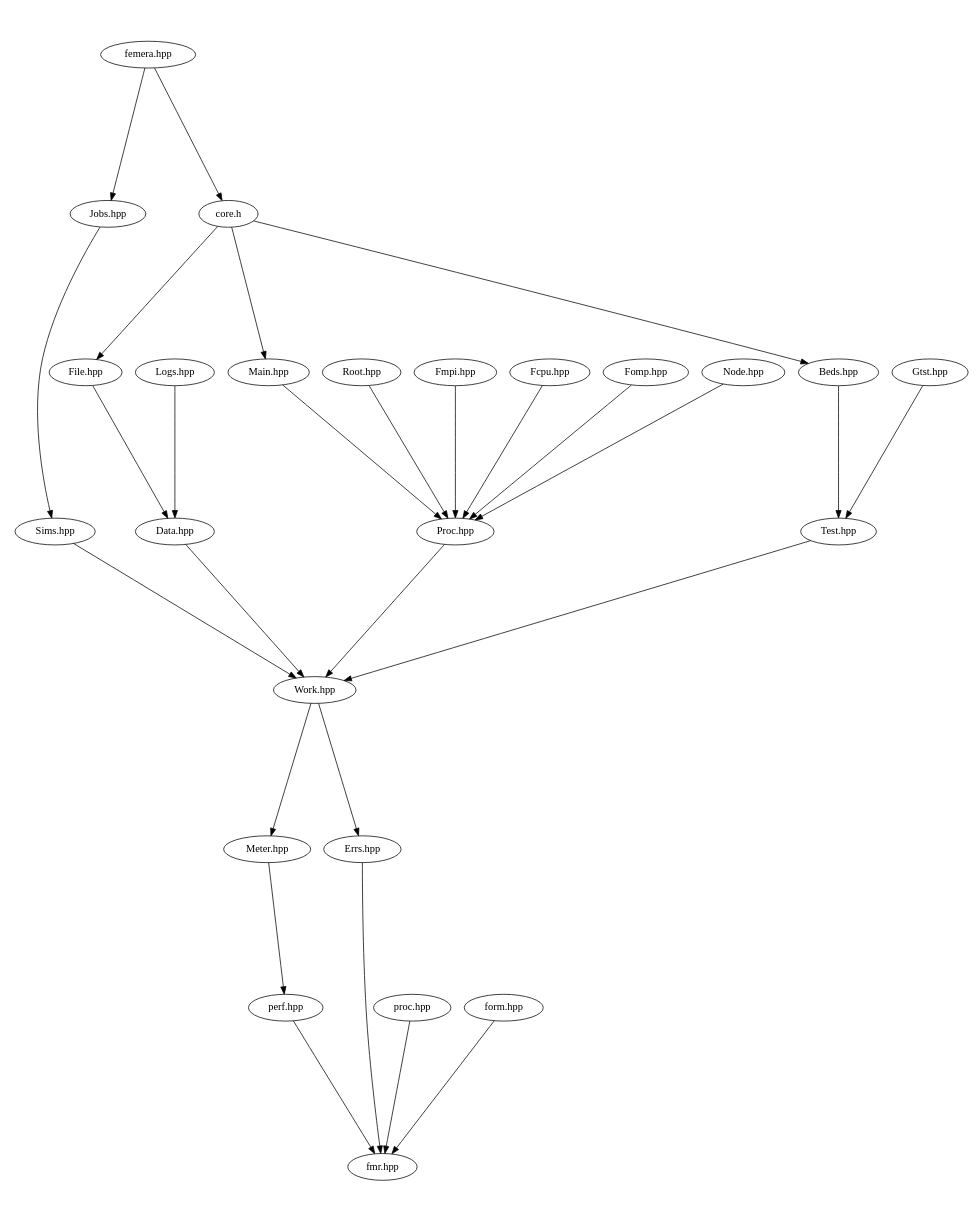
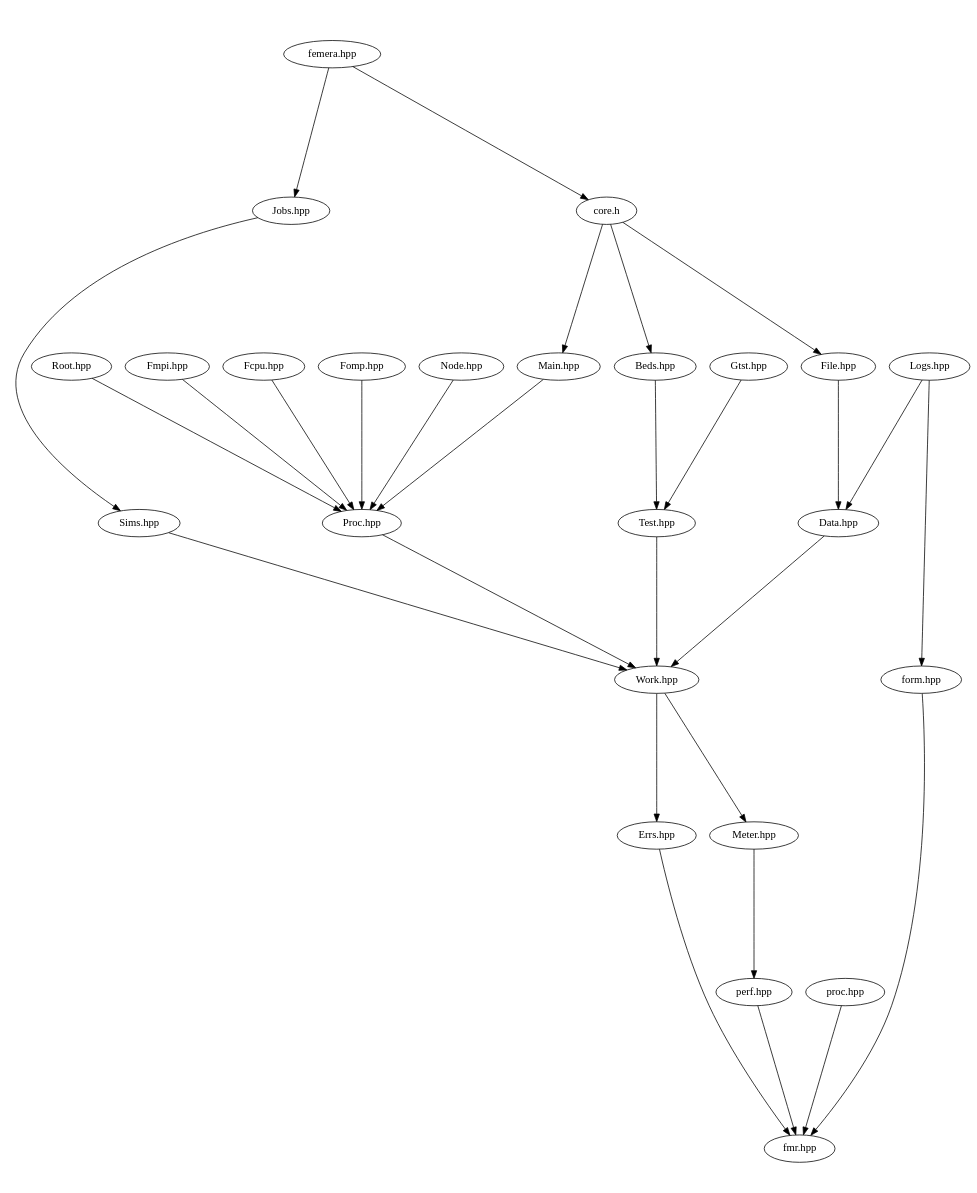
The diagram in src/docs/src-headers.dot (waggyz/femera-mini-app), drawn with Graphviz before and after one commit. The commit also changed 12 other files, not shown here.

```diff
--- a/src/docs/src-headers.dot
+++ b/src/docs/src-headers.dot
@@ -1,35 +1,36 @@
 digraph "source tree" {
     overlap=scale;
     size="8,10";
     ratio="fill";
     fontsize="16";
     fontname="Helvetica";
 	clusterrank="local";
 	"femera.hpp" -> "Jobs.hpp"
 	"Meter.hpp" -> "perf.hpp"
 	"Sims.hpp" -> "Work.hpp"
 	"Work.hpp" -> "Errs.hpp"
 	"proc.hpp" -> "fmr.hpp"
 	"Root.hpp" -> "Proc.hpp"
 	"core.h" -> "Main.hpp"
 	"perf.hpp" -> "fmr.hpp"
 	"Fmpi.hpp" -> "Proc.hpp"
 	"Test.hpp" -> "Work.hpp"
 	"Fcpu.hpp" -> "Proc.hpp"
 	"Fomp.hpp" -> "Proc.hpp"
 	"core.h" -> "File.hpp"
 	"Logs.hpp" -> "Data.hpp"
 	"core.h" -> "Beds.hpp"
 	"Errs.hpp" -> "fmr.hpp"
 	"Node.hpp" -> "Proc.hpp"
 	"Jobs.hpp" -> "Sims.hpp"
 	"File.hpp" -> "Data.hpp"
 	"Beds.hpp" -> "Test.hpp"
 	"Proc.hpp" -> "Work.hpp"
 	"form.hpp" -> "fmr.hpp"
 	"Gtst.hpp" -> "Test.hpp"
 	"Data.hpp" -> "Work.hpp"
 	"femera.hpp" -> "core.h"
 	"Work.hpp" -> "Meter.hpp"
+	"Logs.hpp" -> "form.hpp"
 	"Main.hpp" -> "Proc.hpp"
 }
```
